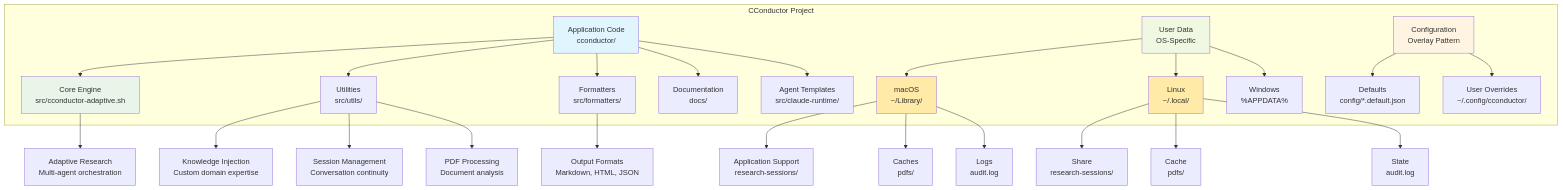
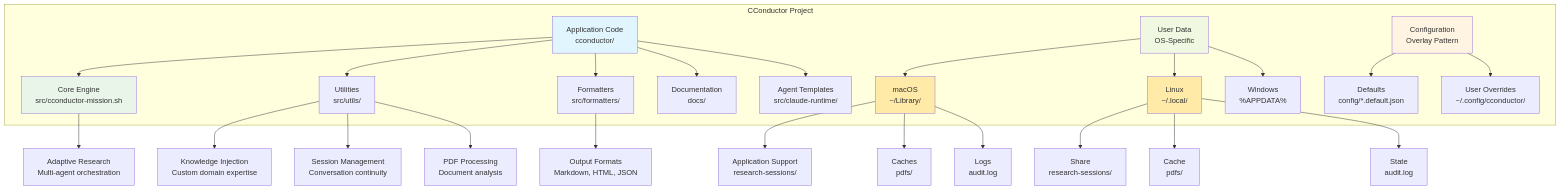
One commit to yaniv-golan/cconductor changed the diagram in README.md. Above: the diagram before and after it, drawn with Mermaid. The commit also changed other lines of this file and 12 other files, not shown here.

````diff
--- a/README.md
+++ b/README.md
@@ -659,42 +669,42 @@
 ```mermaid
 graph TD
     subgraph "CConductor Project"
         A[Application Code<br/>cconductor/]
         B[User Data<br/>OS-Specific]
         C[Configuration<br/>Overlay Pattern]
 
-        A --> D[Core Engine<br/>src/cconductor-adaptive.sh]
+        A --> D[Core Engine<br/>src/cconductor-mission.sh]
         A --> E[Utilities<br/>src/utils/]
         A --> F[Formatters<br/>src/formatters/]
         A --> G[Documentation<br/>docs/]
         A --> H[Agent Templates<br/>src/claude-runtime/]
 
         B --> I[macOS<br/>~/Library/]
         B --> J[Linux<br/>~/.local/]
         B --> K[Windows<br/>%APPDATA%]
 
         C --> L[Defaults<br/>config/*.default.json]
         C --> M[User Overrides<br/>~/.config/cconductor/]
     end
 
     D --> N[Adaptive Research<br/>Multi-agent orchestration]
     E --> O[Knowledge Injection<br/>Custom domain expertise]
     E --> P[Session Management<br/>Conversation continuity]
     E --> Q[PDF Processing<br/>Document analysis]
     F --> R[Output Formats<br/>Markdown, HTML, JSON]
 
     I --> S[Application Support<br/>research-sessions/]
     I --> T[Caches<br/>pdfs/]
     I --> U[Logs<br/>audit.log]
 
     J --> V[Share<br/>research-sessions/]
     J --> W[Cache<br/>pdfs/]
     J --> X[State<br/>audit.log]
 
     style A fill:#e1f5ff
     style B fill:#f0f8e1
     style C fill:#fff4e1
     style D fill:#e8f5e8
     style I fill:#ffeaa7
     style J fill:#ffeaa7
 ```
````
